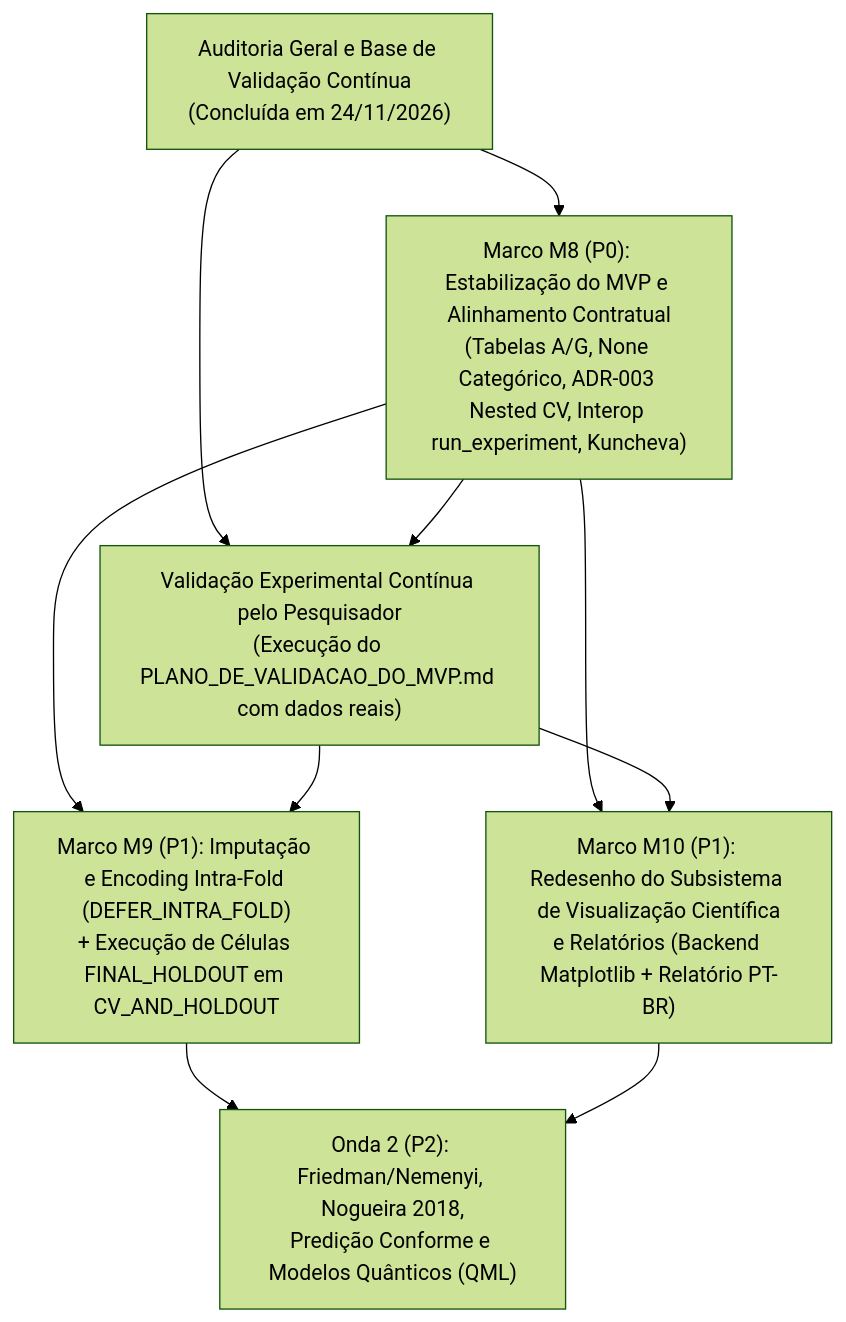
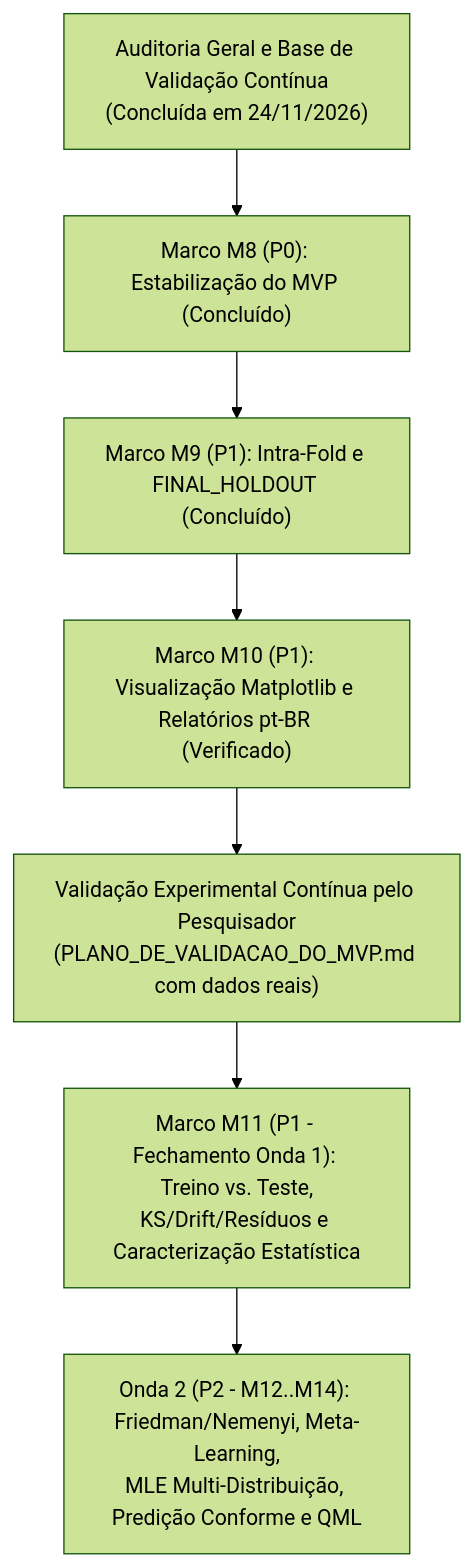
Before and after one commit to aleerangel/experimental-ml-framework: the second of 2 diagrams in docs/engenharia_software/ROADMAP_EVOLUCAO.md, drawn with Mermaid (forest theme). The commit also changed other lines of this file and 2 other files, not shown here.

Commit message:
docs(roadmap): planejar M11 (Onda 1) e M12-M14 (Onda 2) com fundamentacao

````diff
--- a/docs/engenharia_software/ROADMAP_EVOLUCAO.md
+++ b/docs/engenharia_software/ROADMAP_EVOLUCAO.md
@@ -203,19 +216,12 @@
 ```mermaid
 flowchart TD
     Auditoria["Auditoria Geral e Base de Validação Contínua<br/>(Concluída em 24/11/2026)"]
-    M8["Marco M8 (P0): Estabilização do MVP e Alinhamento Contratual<br/>(Tabelas A/G, None Categórico, ADR-003 Nested CV, Interop run_experiment, Kuncheva)"]
-    ValCont["Validação Experimental Contínua pelo Pesquisador<br/>(Execução do PLANO_DE_VALIDACAO_DO_MVP.md com dados reais)"]
-    M9["Marco M9 (P1): Imputação e Encoding Intra-Fold (DEFER_INTRA_FOLD)<br/>+ Execução de Células FINAL_HOLDOUT em CV_AND_HOLDOUT"]
-    M10["Marco M10 (P1): Redesenho do Subsistema de Visualização Científica<br/>e Relatórios (Backend Matplotlib + Relatório PT-BR)"]
-    Onda2["Onda 2 (P2): Friedman/Nemenyi, Nogueira 2018,<br/>Predição Conforme e Modelos Quânticos (QML)"]
+    M8["Marco M8 (P0): Estabilização do MVP (Concluído)"]
+    M9["Marco M9 (P1): Intra-Fold e FINAL_HOLDOUT (Concluído)"]
+    M10["Marco M10 (P1): Visualização Matplotlib e Relatórios pt-BR (Verificado)"]
+    ValCont["Validação Experimental Contínua pelo Pesquisador<br/>(PLANO_DE_VALIDACAO_DO_MVP.md com dados reais)"]
+    M11["Marco M11 (P1 - Fechamento Onda 1): Treino vs. Teste,<br/>KS/Drift/Resíduos e Caracterização Estatística"]
+    Onda2["Onda 2 (P2 - M12..M14): Friedman/Nemenyi, Meta-Learning,<br/>MLE Multi-Distribuição, Predição Conforme e QML"]
 
-    Auditoria --> M8
-    Auditoria --> ValCont
-    M8 --> ValCont
-    M8 --> M9
-    M8 --> M10
-    ValCont --> M9
-    ValCont --> M10
-    M9 --> Onda2
-    M10 --> Onda2
+    Auditoria --> M8 --> M9 --> M10 --> ValCont --> M11 --> Onda2
 ```
````
